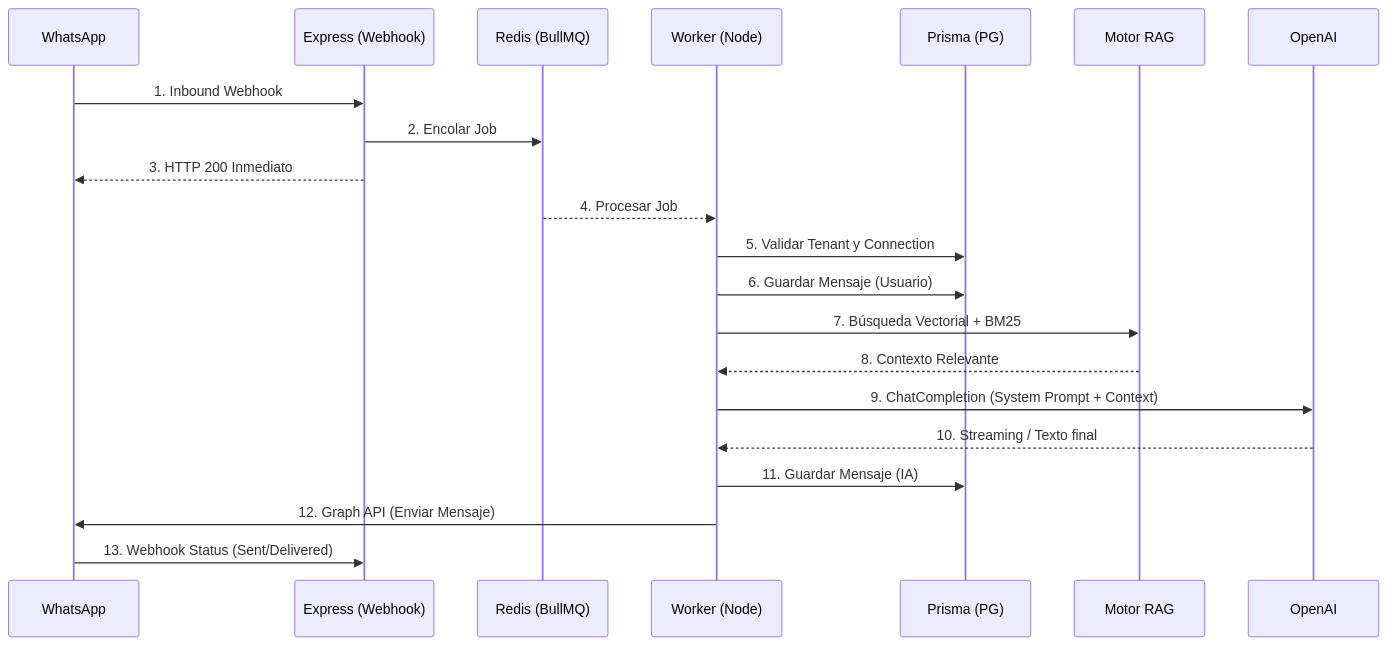
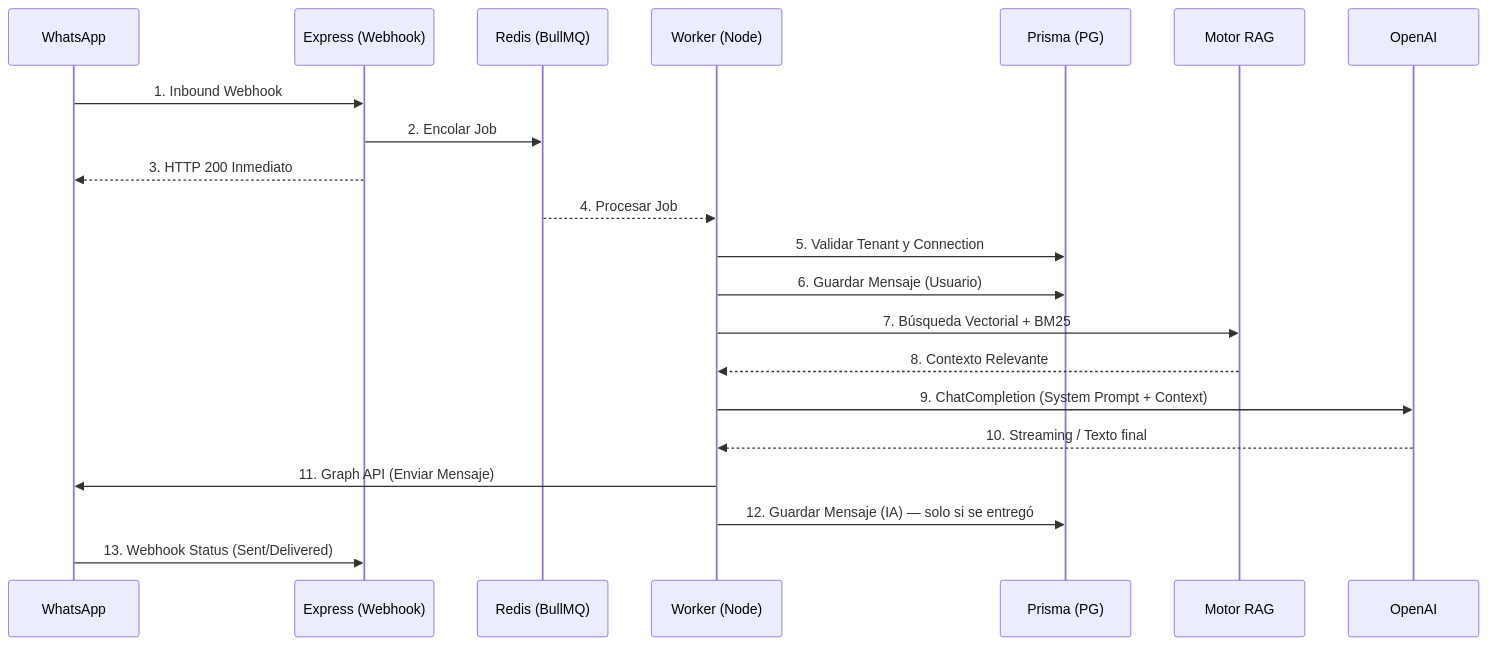
One commit to angelrobledano/automata changed the diagram in docs/architecture/message-lifecycle.md. Above: the diagram before and after it, drawn with Mermaid. The commit also changed other lines of this file and 3 other files, not shown here.

````diff
--- a/docs/architecture/message-lifecycle.md
+++ b/docs/architecture/message-lifecycle.md
@@ -3,29 +3,29 @@
 ```mermaid
 sequenceDiagram
     participant WA as WhatsApp
     participant API as Express (Webhook)
     participant Q as Redis (BullMQ)
     participant W as Worker (Node)
     participant DB as Prisma (PG)
     participant RAG as Motor RAG
     participant LLM as OpenAI
     
     WA->>API: 1. Inbound Webhook
     API->>Q: 2. Encolar Job
     API-->>WA: 3. HTTP 200 Inmediato
     
     Q-->>W: 4. Procesar Job
     W->>DB: 5. Validar Tenant y Connection
     W->>DB: 6. Guardar Mensaje (Usuario)
     
     W->>RAG: 7. Búsqueda Vectorial + BM25
     RAG-->>W: 8. Contexto Relevante
     
     W->>LLM: 9. ChatCompletion (System Prompt + Context)
     LLM-->>W: 10. Streaming / Texto final
     
-    W->>DB: 11. Guardar Mensaje (IA)
-    W->>WA: 12. Graph API (Enviar Mensaje)
+    W->>WA: 11. Graph API (Enviar Mensaje)
+    W->>DB: 12. Guardar Mensaje (IA) — solo si se entregó
     
     WA->>API: 13. Webhook Status (Sent/Delivered)
 ```
````
